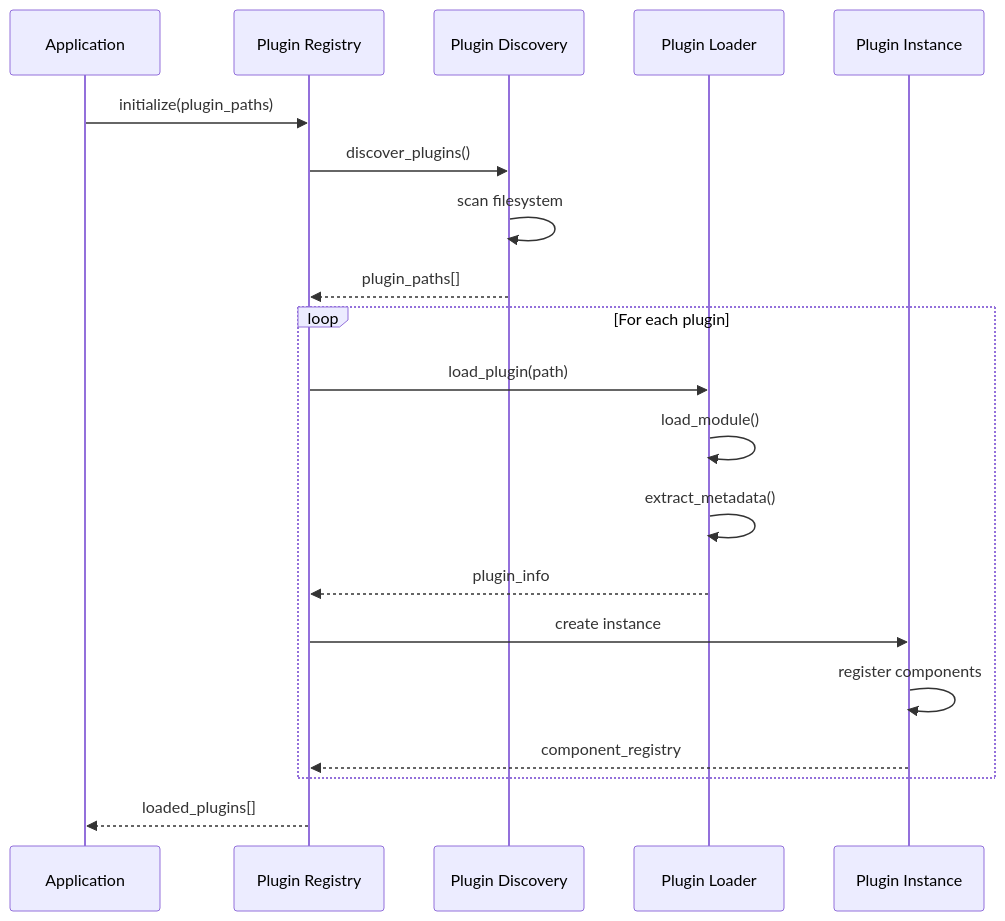
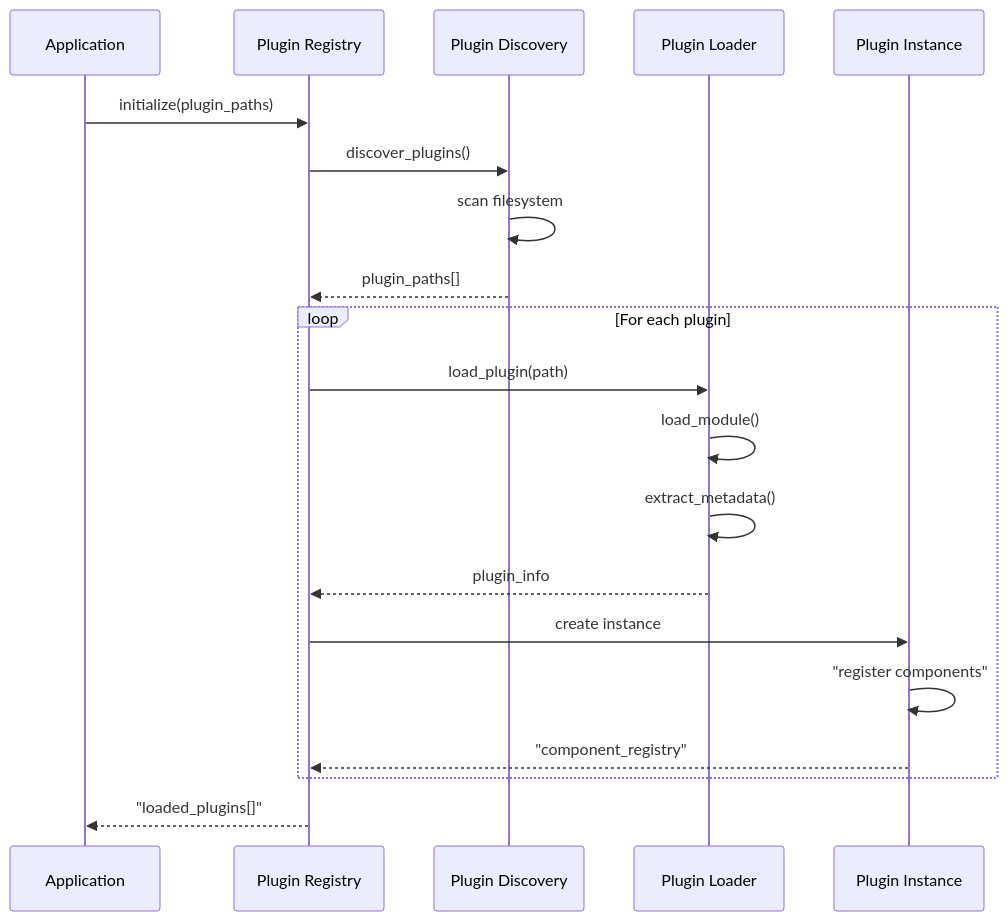
Before and after one commit to hyperjive-hq/hyper-cmd: the sixth of 8 diagrams in architecture.md, drawn with Mermaid.

Commit message:
fixed typos

````diff
--- a/architecture.md
+++ b/architecture.md
@@ -284,25 +284,25 @@
 ```mermaid
 sequenceDiagram
     participant App as Application
     participant PR as Plugin Registry
     participant PD as Plugin Discovery
     participant PL as Plugin Loader
     participant PI as Plugin Instance
     
     App->>PR: initialize(plugin_paths)
     PR->>PD: discover_plugins()
     PD->>PD: scan filesystem
     PD-->>PR: plugin_paths[]
     
     loop For each plugin
         PR->>PL: load_plugin(path)
         PL->>PL: load_module()
         PL->>PL: extract_metadata()
         PL-->>PR: plugin_info
         PR->>PI: create instance
-        PI->>PI: register components
-        PI-->>PR: component_registry
+        PI->>PI: "register components"
+        PI-->>PR: "component_registry"
     end
     
-    PR-->>App: loaded_plugins[]
+    PR-->>App: "loaded_plugins[]"
 ```
````
